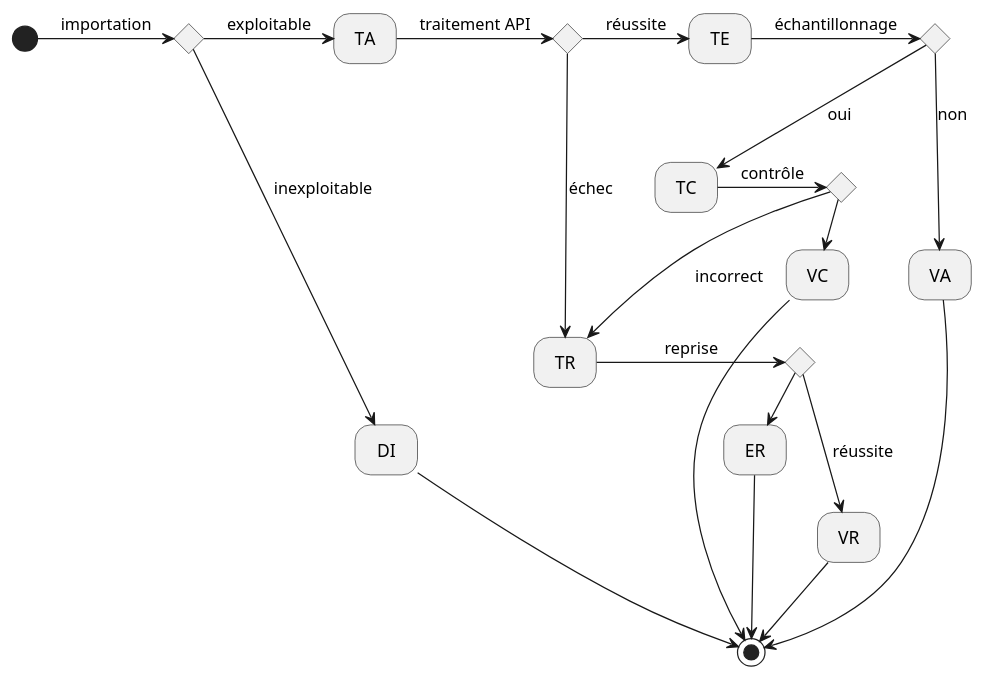
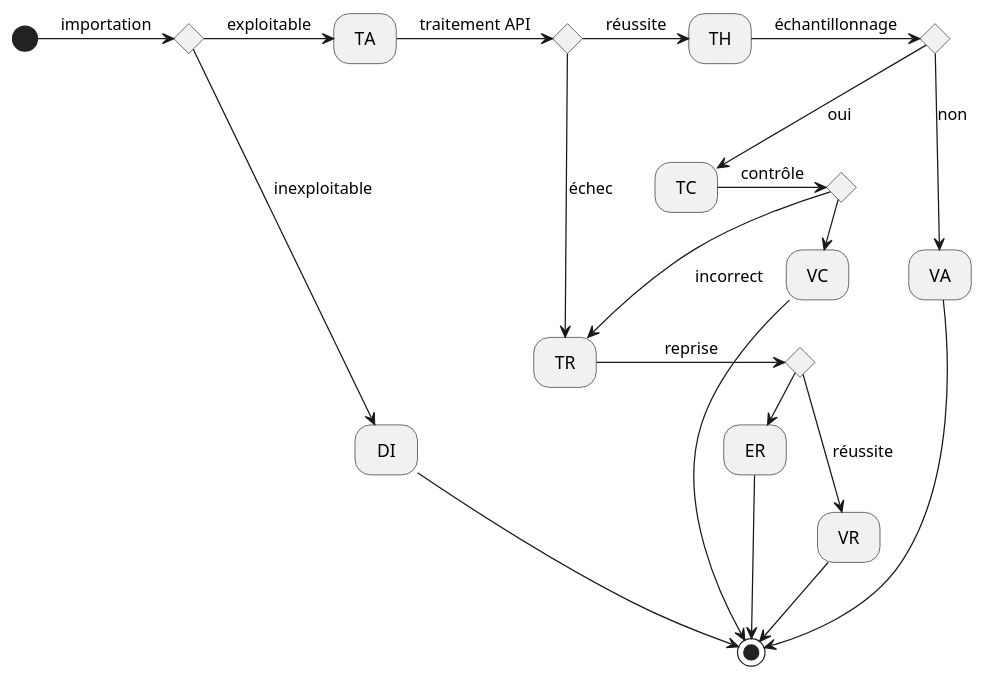
One commit to itsame-mcl/PSyCoQuAC changed the diagram in uml/diag_etat_FA.puml. Above: the diagram before and after it, drawn with PlantUML.

Commit message:
Correction diagramme FA

```diff
--- a/uml/diag_etat_FA.puml
+++ b/uml/diag_etat_FA.puml
@@ -1,29 +1,29 @@
 @startuml "uml_etat"
 hide empty description
 state imp <<choice>>
 state api <<choice>>
 state ech <<choice>>
 state ctr <<choice>>
 state rep <<choice>>
 
 [*] -> imp : importation
 imp -> TA : exploitable
 imp --> DI : inexploitable
 TA -> api : traitement API
-api -> TE : réussite
-TE -> ech : échantillonnage
+api -> TH : réussite
+TH -> ech : échantillonnage
 api --> TR : échec
 ech --> VA : non
 ech --> TC : oui
 TC -> ctr : contrôle
 ctr -> VC : correct
 ctr --> TR : incorrect
 TR -> rep : reprise
 rep --> VR : réussite
 rep -> ER : échec
 VA --> [*]
 VC --> [*]
 VR --> [*]
 ER --> [*]
 DI --> [*]
 @enduml
```
